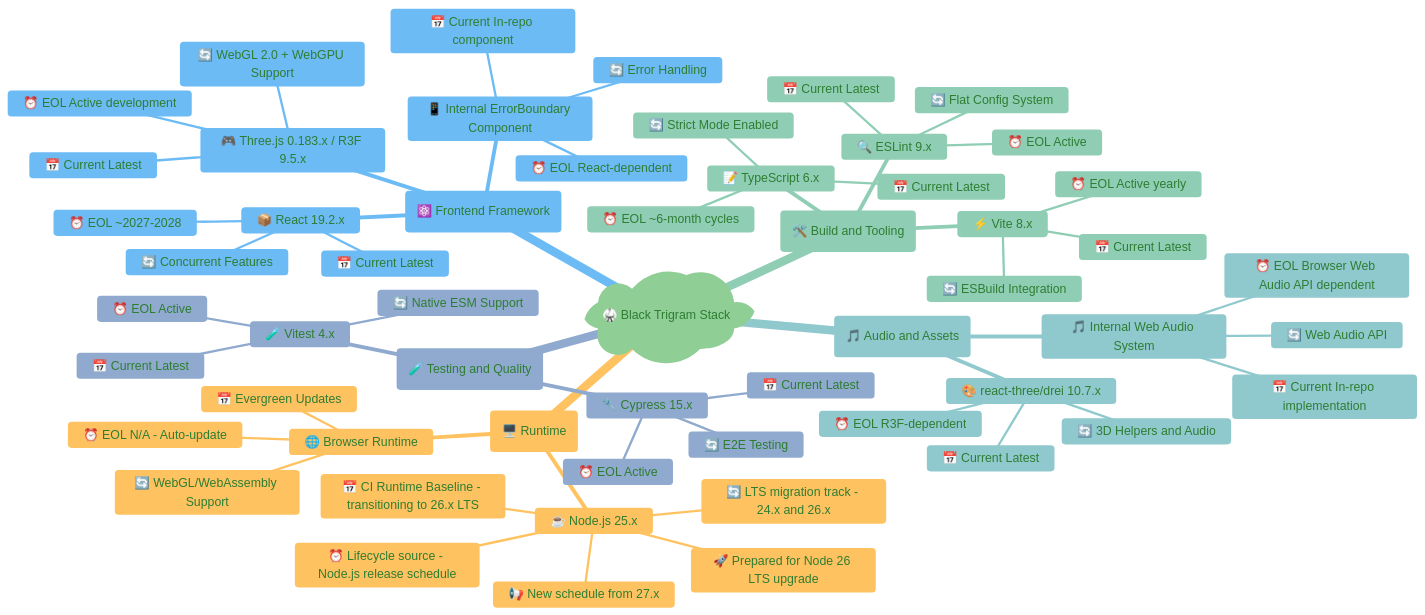
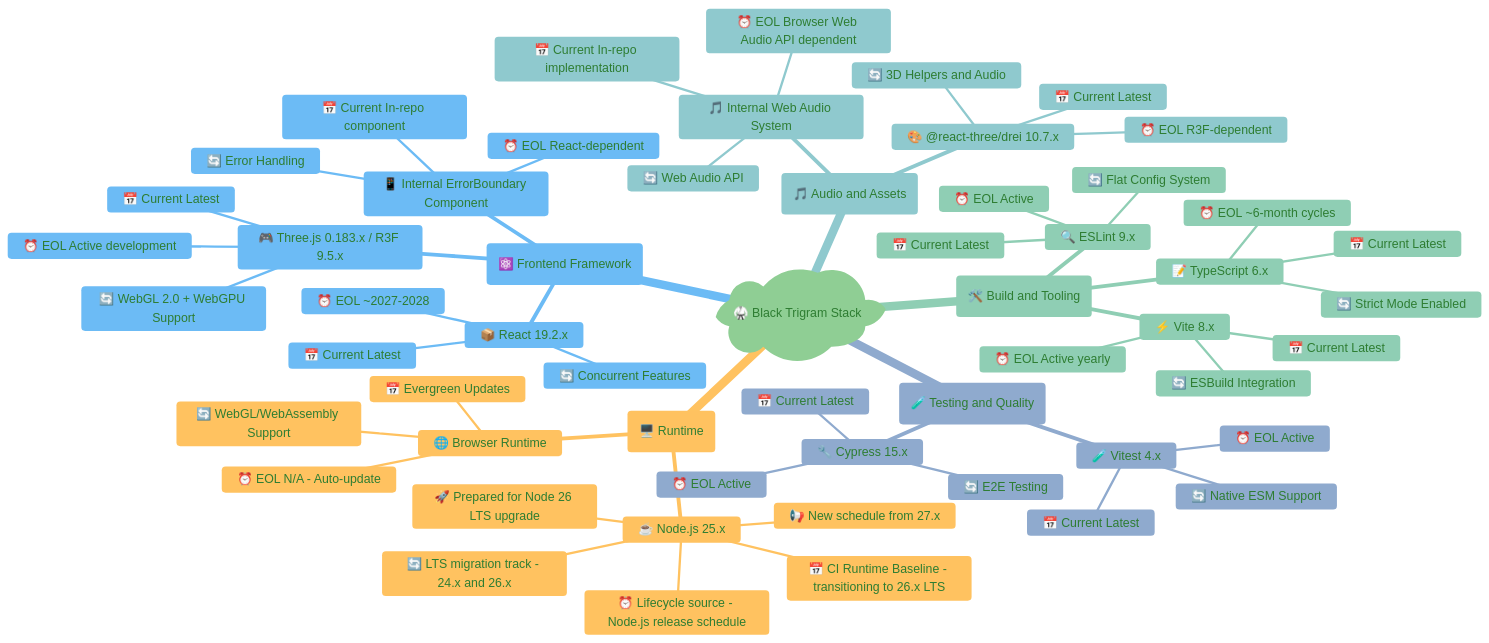
The first of 8 diagrams in End-of-Life-Strategy.md (Hack23/blacktrigram), drawn with Mermaid before and after one commit. The commit also changed 2 other files, not shown here.

Commit message:
fix: restore @ in package names and use angle-bracket placeholders per review feedback
Agent-Logs-Url: https://github.com/Hack23/blacktrigram/sessions/893d0325-2e84-4e56-97f0-3873959f684a

````diff
--- a/End-of-Life-Strategy.md
+++ b/End-of-Life-Strategy.md
@@ -51,71 +51,71 @@
 ```mermaid
 %%{
   init: {
     'theme': 'base',
     'themeVariables': {
       'primaryColor': '#e8f5e9',
       'primaryTextColor': '#2e7d32',
       'lineColor': '#4caf50',
       'secondaryColor': '#fff3e0',
       'tertiaryColor': '#e3f2fd'
     }
   }
 }%%
 mindmap
   root)🥋 Black Trigram Stack(
     (🖥️ Runtime)
       ☕ Node.js 25.x
         📅 CI Runtime Baseline - transitioning to 26.x LTS
         ⏰ Lifecycle source - Node.js release schedule
         🔄 LTS migration track - 24.x and 26.x
         📢 New schedule from 27.x
         🚀 Prepared for Node 26 LTS upgrade
       🌐 Browser Runtime
         📅 Evergreen Updates
         ⏰ EOL N/A - Auto-update
         🔄 WebGL/WebAssembly Support
     (⚛️ Frontend Framework)
       📦 React 19.2.x
         📅 Current Latest
         ⏰ EOL ~2027-2028
         🔄 Concurrent Features
       🎮 Three.js 0.183.x / R3F 9.5.x
         📅 Current Latest
         ⏰ EOL Active development
         🔄 WebGL 2.0 + WebGPU Support
       📱 Internal ErrorBoundary Component
         📅 Current In-repo component
         ⏰ EOL React-dependent
         🔄 Error Handling
     (🛠️ Build and Tooling)
       ⚡ Vite 8.x
         📅 Current Latest
         ⏰ EOL Active yearly
         🔄 ESBuild Integration
       📝 TypeScript 6.x
         📅 Current Latest
         ⏰ EOL ~6-month cycles
         🔄 Strict Mode Enabled
       🔍 ESLint 9.x
         📅 Current Latest
         ⏰ EOL Active
         🔄 Flat Config System
     (🎵 Audio and Assets)
       🎵 Internal Web Audio System
         📅 Current In-repo implementation
         ⏰ EOL Browser Web Audio API dependent
         🔄 Web Audio API
-      🎨 react-three/drei 10.7.x
+      🎨 @react-three/drei 10.7.x
         📅 Current Latest
         ⏰ EOL R3F-dependent
         🔄 3D Helpers and Audio
     (🧪 Testing and Quality)
       🧪 Vitest 4.x
         📅 Current Latest
         ⏰ EOL Active
         🔄 Native ESM Support
       🔧 Cypress 15.x
         📅 Current Latest
         ⏰ EOL Active
         🔄 E2E Testing
 ```
````
